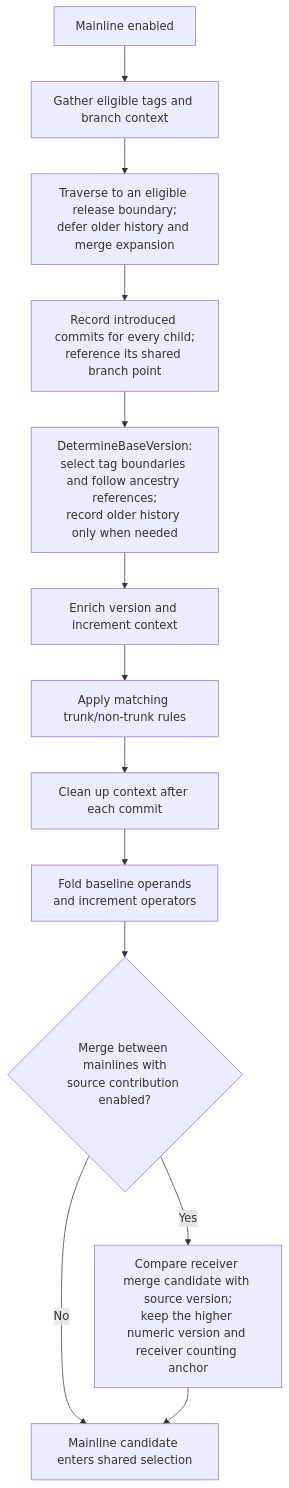
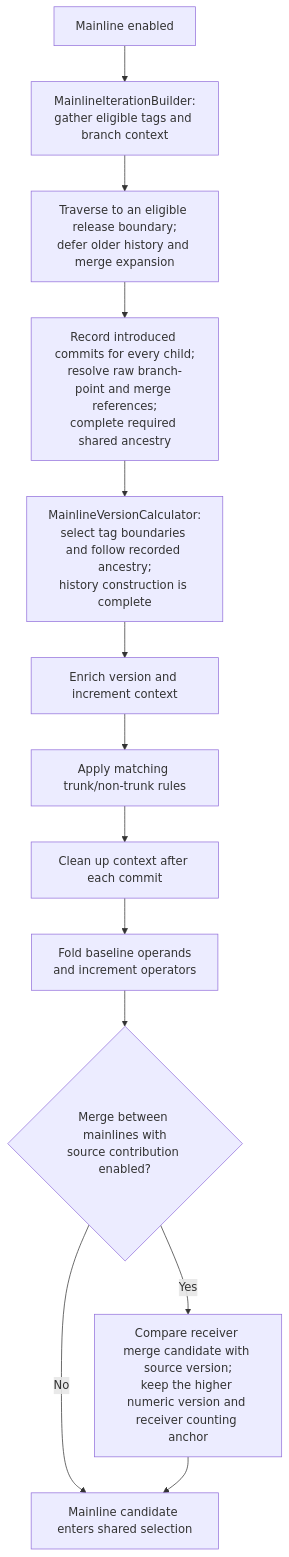
The diagram in docs/diagrams/VersionCalculation_Mainline.mmd (GitTools/GitVersion), drawn with Mermaid before and after one commit. The commit also changed 11 other files, not shown here.

Commit message:
refactor: separate mainline history construction from calculation

```diff
--- a/docs/diagrams/VersionCalculation_Mainline.mmd
+++ b/docs/diagrams/VersionCalculation_Mainline.mmd
@@ -1,13 +1,13 @@
 flowchart TD
-    Enabled["Mainline enabled"] --> Tags["Gather eligible tags and branch context"]
+    Enabled["Mainline enabled"] --> Tags["MainlineIterationBuilder:<br/>gather eligible tags and branch context"]
     Tags --> Traverse["Traverse to an eligible release boundary;<br/>defer older history and merge expansion"]
-    Traverse --> State["Record introduced commits for every child;<br/>reference its shared branch point"]
-    State --> Calculate["DetermineBaseVersion:<br/>select tag boundaries and follow ancestry references;<br/>record older history only when needed"]
+    Traverse --> State["Record introduced commits for every child;<br/>resolve raw branch-point and merge references;<br/>complete required shared ancestry"]
+    State --> Calculate["MainlineVersionCalculator:<br/>select tag boundaries and follow recorded ancestry;<br/>history construction is complete"]
     Calculate --> Pre["Enrich version and increment context"]
     Pre --> Rules["Apply matching trunk/non-trunk rules"]
     Rules --> Post["Clean up context after each commit"]
     Post --> Fold["Fold baseline operands<br/>and increment operators"]
     Fold --> Source{"Merge between mainlines with<br/>source contribution enabled?"}
     Source -->|No| Candidate["Mainline candidate enters shared selection"]
     Source -->|Yes| Floor["Compare receiver merge candidate with source version;<br/>keep the higher numeric version and receiver counting anchor"]
     Floor --> Candidate
```
